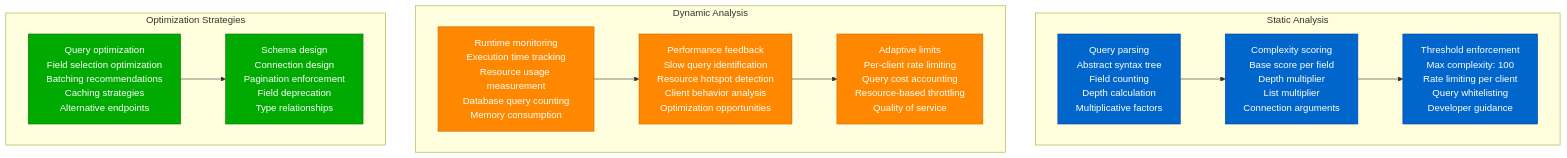
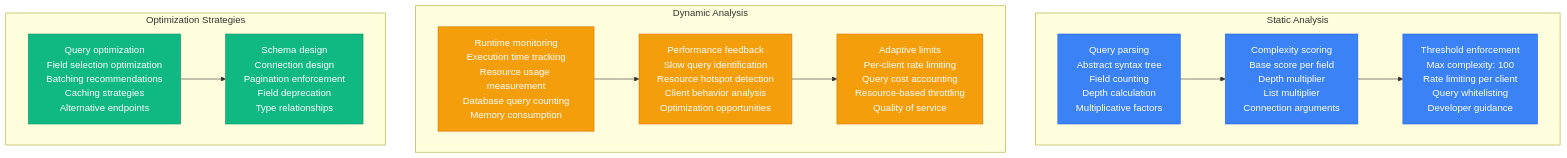
The second of 12 diagrams in site/docs/performance/graphql-performance-profile.md (deepaucksharma/DS), drawn with Mermaid before and after one commit. The commit also changed other lines of this file and 303 other files, not shown here.

````diff
--- a/site/docs/performance/graphql-performance-profile.md
+++ b/site/docs/performance/graphql-performance-profile.md
@@ -54,38 +54,38 @@
 ```mermaid
 graph TB
     subgraph "Static Analysis"
         STATIC1[Query parsing<br/>Abstract syntax tree<br/>Field counting<br/>Depth calculation<br/>Multiplicative factors]
 
         STATIC2[Complexity scoring<br/>Base score per field<br/>Depth multiplier<br/>List multiplier<br/>Connection arguments]
 
         STATIC3[Threshold enforcement<br/>Max complexity: 100<br/>Rate limiting per client<br/>Query whitelisting<br/>Developer guidance]
 
         STATIC1 --> STATIC2 --> STATIC3
     end
 
     subgraph "Dynamic Analysis"
         DYNAMIC1[Runtime monitoring<br/>Execution time tracking<br/>Resource usage measurement<br/>Database query counting<br/>Memory consumption]
 
         DYNAMIC2[Performance feedback<br/>Slow query identification<br/>Resource hotspot detection<br/>Client behavior analysis<br/>Optimization opportunities]
 
         DYNAMIC3[Adaptive limits<br/>Per-client rate limiting<br/>Query cost accounting<br/>Resource-based throttling<br/>Quality of service]
 
         DYNAMIC1 --> DYNAMIC2 --> DYNAMIC3
     end
 
     subgraph "Optimization Strategies"
         OPT1[Query optimization<br/>Field selection optimization<br/>Batching recommendations<br/>Caching strategies<br/>Alternative endpoints]
 
         OPT2[Schema design<br/>Connection design<br/>Pagination enforcement<br/>Field deprecation<br/>Type relationships]
 
         OPT1 --> OPT2
     end
 
-    classDef staticStyle fill:#0066CC,stroke:#004499,color:#fff
-    classDef dynamicStyle fill:#FF8800,stroke:#CC6600,color:#fff
-    classDef optStyle fill:#00AA00,stroke:#007700,color:#fff
+    classDef staticStyle fill:#3B82F6,stroke:#2563EB,color:#fff
+    classDef dynamicStyle fill:#F59E0B,stroke:#D97706,color:#fff
+    classDef optStyle fill:#10B981,stroke:#059669,color:#fff
 
     class STATIC1,STATIC2,STATIC3 staticStyle
     class DYNAMIC1,DYNAMIC2,DYNAMIC3 dynamicStyle
     class OPT1,OPT2 optStyle
 ```
````
